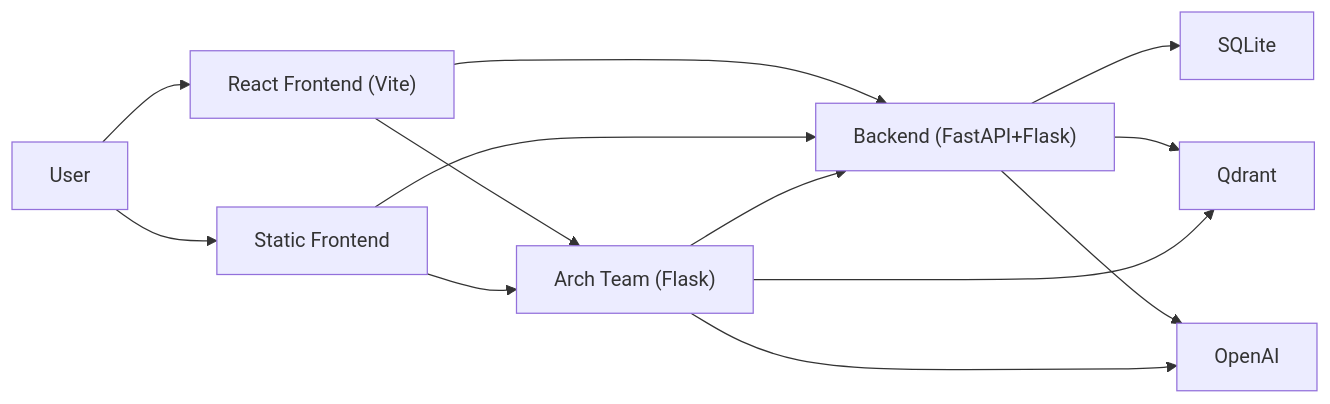
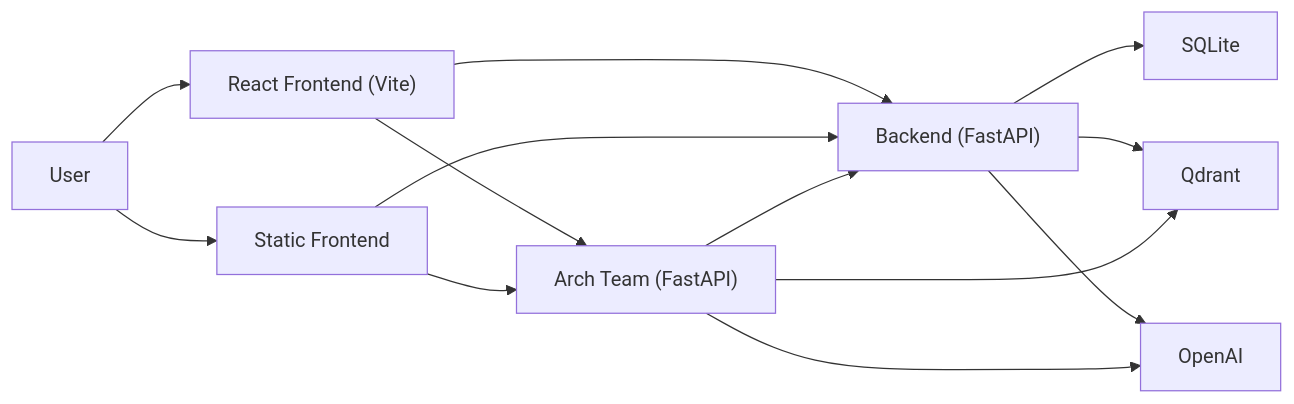
One commit to Flissel/-req-orchestrator changed the seventh of 15 diagrams in docs/architecture/SYSTEM_OVERVIEW.md. Above: the diagram before and after it, drawn with Mermaid. The commit also changed other lines of this file and 18 other files, not shown here.

First line of the commit message:
docs: remove stale internal docs and fix 305 backend_app/Flask/Gunicorn refs

````diff
--- a/docs/architecture/SYSTEM_OVERVIEW.md
+++ b/docs/architecture/SYSTEM_OVERVIEW.md
@@ -472,24 +466,24 @@
 ```mermaid
 flowchart LR
   user["User"]
   fe_react["React Frontend (Vite)"]
   fe_static["Static Frontend"]
-  backend["Backend (FastAPI+Flask)"]
-  arch["Arch Team (Flask)"]
+  backend["Backend (FastAPI)"]
+  arch["Arch Team (FastAPI)"]
   db["SQLite"]
   qd["Qdrant"]
   oa["OpenAI"]
 
   user --> fe_react
   user --> fe_static
   fe_react --> backend
   fe_react --> arch
   fe_static --> backend
   fe_static --> arch
   backend --> db
   backend --> qd
   backend --> oa
   arch --> qd
   arch --> oa
   arch --> backend
 ```
````
